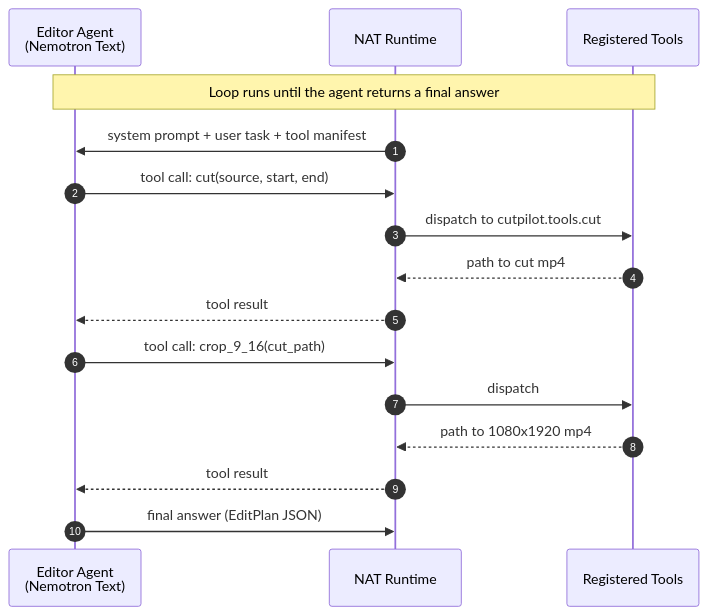
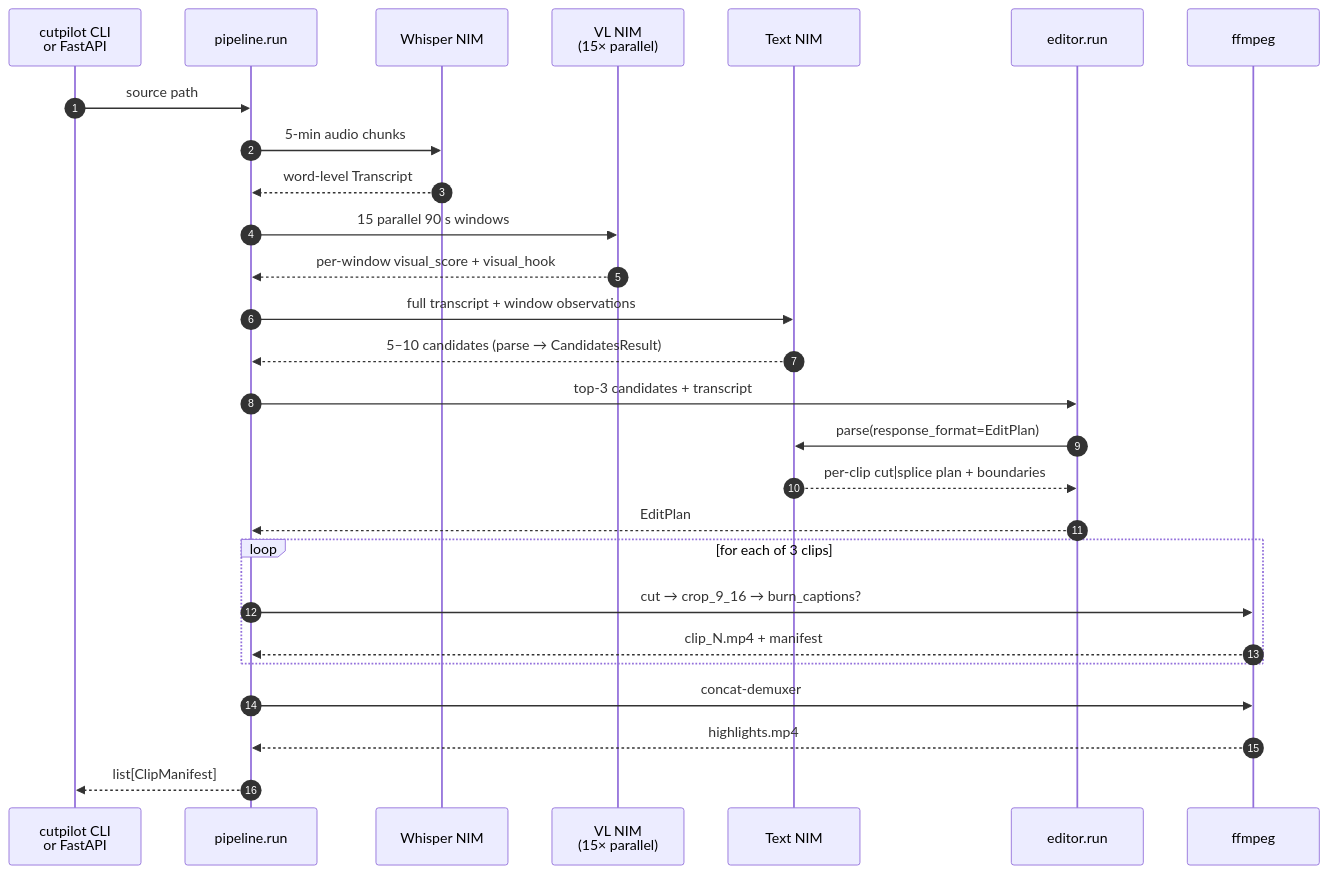
The second of 2 diagrams in README.md (lablup/cutpilot), drawn with Mermaid before and after one commit. The commit also changed other lines of this file, not shown here.

````diff
--- a/README.md
+++ b/README.md
@@ -132,18 +129,30 @@
 ```mermaid
 sequenceDiagram
     autonumber
-    participant A as Editor Agent<br/>(Nemotron Text)
-    participant NAT as NAT Runtime
-    participant T as Registered Tools
-    Note over A,T: Loop runs until the agent returns a final answer
-    NAT->>A: system prompt + user task + tool manifest
-    A->>NAT: tool call: cut(source, start, end)
-    NAT->>T: dispatch to cutpilot.tools.cut
-    T-->>NAT: path to cut mp4
-    NAT-->>A: tool result
-    A->>NAT: tool call: crop_9_16(cut_path)
-    NAT->>T: dispatch
-    T-->>NAT: path to 1080x1920 mp4
-    NAT-->>A: tool result
-    A->>NAT: final answer (EditPlan JSON)
+    participant U as cutpilot CLI<br/>or FastAPI
+    participant P as pipeline.run
+    participant W as Whisper NIM
+    participant V as VL NIM<br/>(15× parallel)
+    participant T as Text NIM
+    participant E as editor.run
+    participant F as ffmpeg
+
+    U->>P: source path
+    P->>W: 5-min audio chunks
+    W-->>P: word-level Transcript
+    P->>V: 15 parallel 90 s windows
+    V-->>P: per-window visual_score + visual_hook
+    P->>T: full transcript + window observations
+    T-->>P: 5–10 candidates (parse → CandidatesResult)
+    P->>E: top-3 candidates + transcript
+    E->>T: parse(response_format=EditPlan)
+    T-->>E: per-clip cut|splice plan + boundaries
+    E-->>P: EditPlan
+    loop for each of 3 clips
+        P->>F: cut → crop_9_16 → burn_captions?
+        F-->>P: clip_N.mp4 + manifest
+    end
+    P->>F: concat-demuxer
+    F-->>P: highlights.mp4
+    P-->>U: list[ClipManifest]
 ```
````
